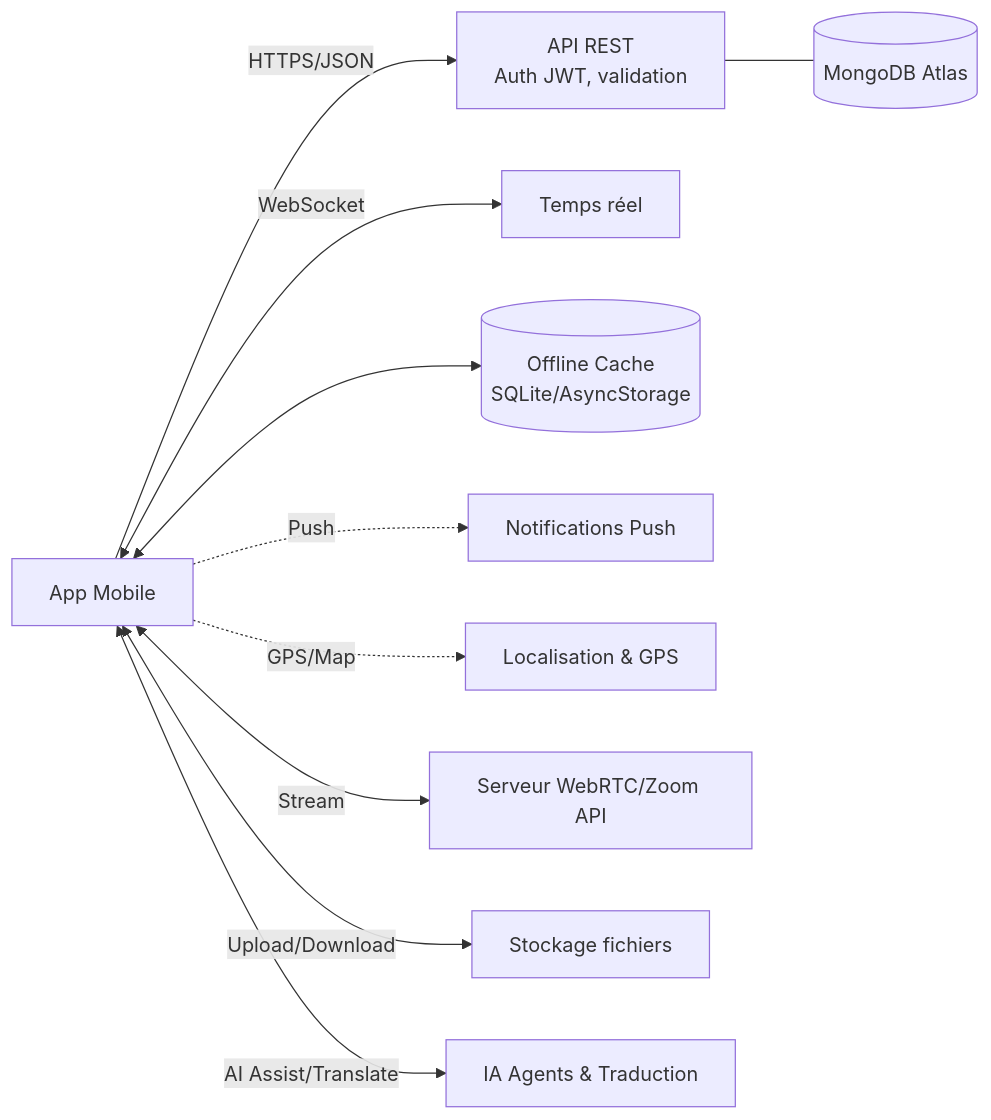
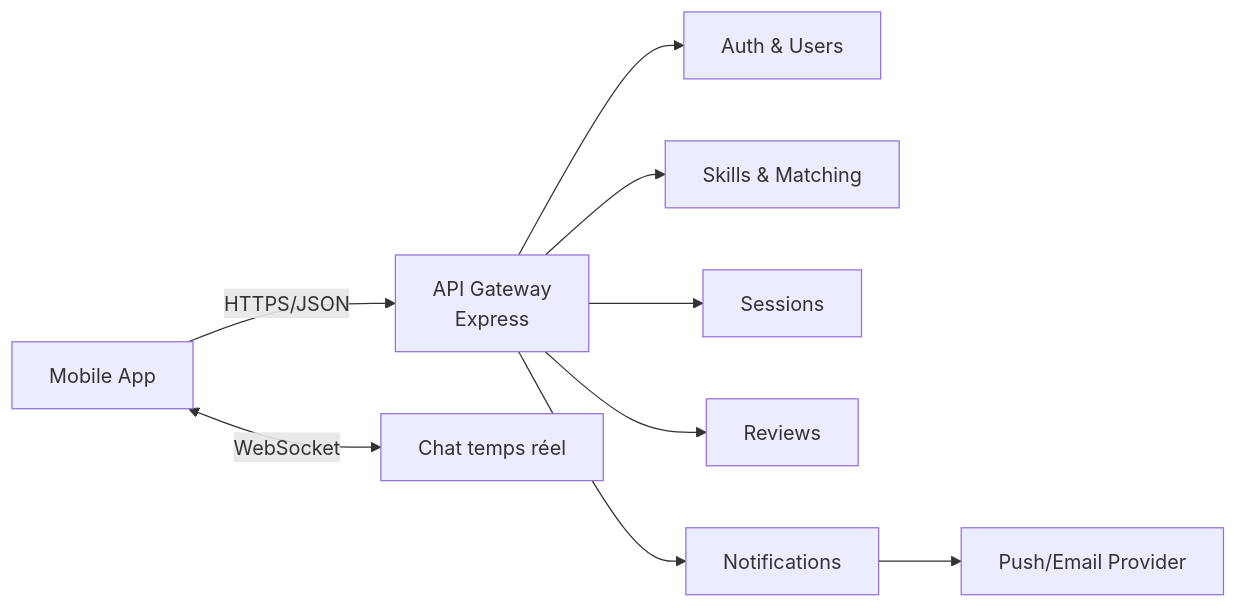
Before and after one commit to youcisla/SwapSkill: the first of 7 diagrams in README.md, drawn with Mermaid. The commit also changed other lines of this file, not shown here.

`````diff
--- a/README.md
+++ b/README.md
@@ -140,23 +36,11 @@
 ```mermaid
 flowchart LR
-  App[App Mobile]
-  API[API REST\nAuth JWT, validation]
-  WS[Temps réel]
-  DB[(MongoDB Atlas)]
-  Cache[(Offline Cache\nSQLite/AsyncStorage)]
-  Push[Notifications Push]
-  Maps[Localisation & GPS]
-  Video[Serveur WebRTC/Zoom API]
-  Files[Stockage fichiers]
-  AI[IA Agents & Traduction]
-
-  App -- HTTPS/JSON --> API
-  API --- DB
-  App <-- WebSocket --> WS
-  App -. Push .-> Push
-  App -. GPS/Map .-> Maps
-  App <-- Stream --> Video
-  App <-- Upload/Download --> Files
-  App <-- AI Assist/Translate --> AI
-  App <--> Cache
-````
+	UserApp[Mobile App] -- HTTPS/JSON --> APIGateway[API Gateway\nExpress]
+	APIGateway --> AuthService[Auth & Users]
+	APIGateway --> MatchingService[Skills & Matching]
+	APIGateway --> SessionService[Sessions]
+	APIGateway --> ReviewService[Reviews]
+	APIGateway --> NotificationService[Notifications]
+	UserApp <-- WebSocket --> ChatService[Chat temps réel]
+	NotificationService --> PushBroker[Push/Email Provider]
+```
`````
